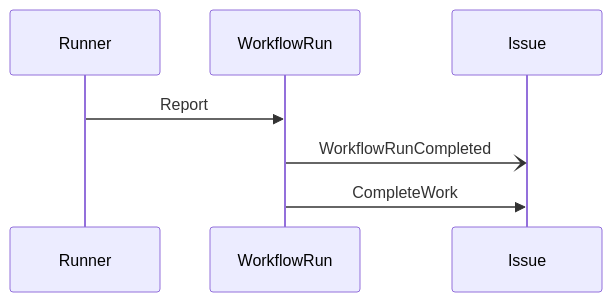
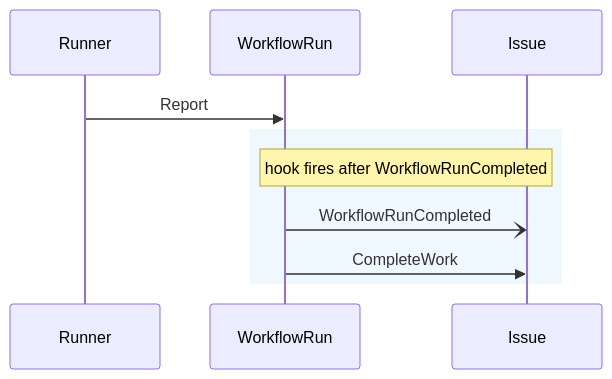
The second of 5 diagrams in design/issue-workflow-coordination.md (suraciii/mohist), drawn with Mermaid before and after one commit. The commit also changed other lines of this file, not shown here.

Commit message:
docs(coordination): highlight event-triggered command blocks with rect
The previous mermaid diagrams put the event and the triggered command
in sequence but the relationship was implicit. Wrap the event+command
pair in a colored rect with a Note that names the trigger source.

The note explicitly says 'hook fires after WorkflowRunCompleted /
Failed' to make it clear that the solid arrow into Issue is fired by
a hook, not by WorkflowRun itself. This stays within the conventions
(no new aggregate introduced) while making the event->command
relationship visible.

Different background colors for success (aliceblue) vs failure
(papayawhip) match the success/failure split in the diagram title.

````diff
--- a/design/issue-workflow-coordination.md
+++ b/design/issue-workflow-coordination.md
@@ -37,9 +37,12 @@
 ```mermaid
 sequenceDiagram
     participant Runner
     participant WorkflowRun
     participant Issue
     Runner->>WorkflowRun: Report
-    WorkflowRun-) Issue: WorkflowRunCompleted
-    WorkflowRun->>Issue: CompleteWork
+    rect rgb(240, 248, 255)
+        Note over WorkflowRun,Issue: hook fires after WorkflowRunCompleted
+        WorkflowRun-) Issue: WorkflowRunCompleted
+        WorkflowRun->>Issue: CompleteWork
+    end
 ```
````
